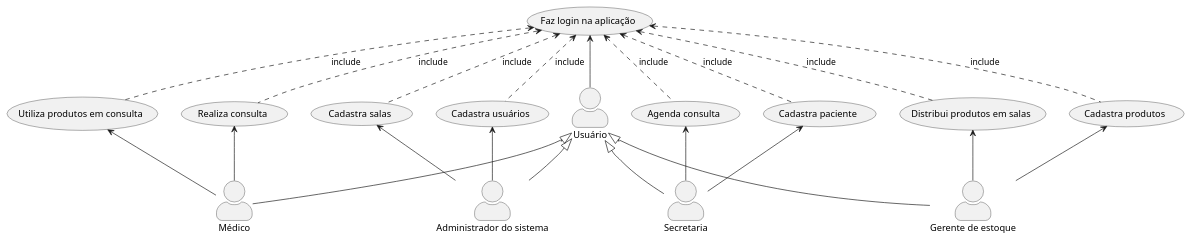
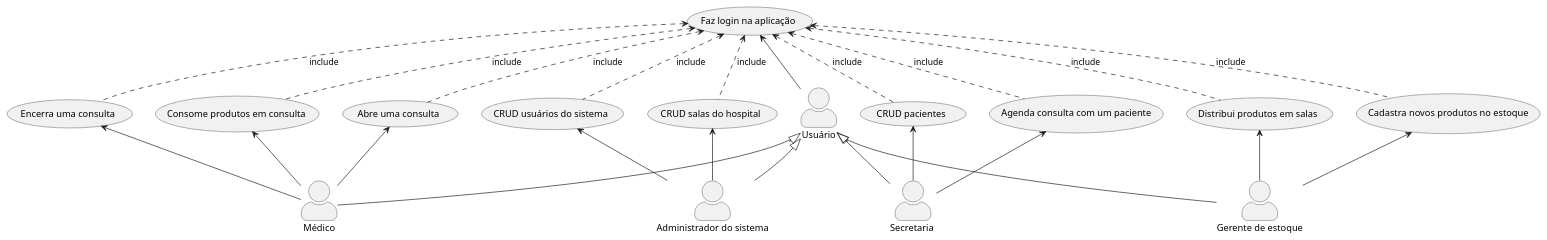
One commit to vaniacourses/projeto-software-robson-caetano changed the diagram in docs/use-cases.puml. Above: the diagram before and after it, drawn with PlantUML.

Commit message:
add missing use cases

```diff
--- a/docs/use-cases.puml
+++ b/docs/use-cases.puml
@@ -1,49 +1,58 @@
 @startuml
 
 skinparam actorStyle awesome
 
 "Administrador do sistema" as admin
-Secretaria as secretaria
-Médico as medico
+"Secretaria " as secretaria
+"Médico" as medico
 "Gerente de estoque" as gerente
 "Usuário" as usuario
 
-"Cadastra usuários" as (cadastra usuarios)
-"Cadastra salas" as (cadastra salas)
+"CRUD usuários do sistema" as (crud usuario)
 
-"Cadastra produtos" as (cadastra produtos)
+"CRUD salas do hospital" as (crud salas)
+
+"Cadastra novos produtos no estoque" as (cadastra produtos)
 "Distribui produtos em salas" as (distribui produtos)
-"Cadastra paciente" as (cadastra paciente)
-"Agenda consulta" as (agenda consulta)
-"Realiza consulta" as (realiza consulta)
-"Utiliza produtos em consulta" as (usa produtos)
+
+"CRUD pacientes" as (crud pacientes)
+
+"Agenda consulta com um paciente" as (agenda consulta)
+
+"Abre uma consulta" as (abre consulta)
+"Consome produtos em consulta" as (consome produtos)
+"Encerra uma consulta" as (encerra consulta)
+
 "Faz login na aplicação" as (login)
 
 usuario <|-- admin
 usuario <|-- secretaria
 usuario <|-- medico
 usuario <|-- gerente
 
 usuario -up-> (login)
 
-admin -up-> (cadastra usuarios)
-admin -up-> (cadastra salas)
-(cadastra usuarios) .up.> (login) : include
-(cadastra salas) .up.> (login) : include
+admin -up-> (crud usuario)
+(crud usuario) .up.> (login) : include
+
+admin -up-> (crud salas)
+(crud salas) .up.> (login) : include
 
 gerente -up-> (cadastra produtos)
 gerente -up-> (distribui produtos)
 (cadastra produtos) .up.> (login) : include
 (distribui produtos) .up.> (login) : include
 
-secretaria -up-> (cadastra paciente)
 secretaria -up-> (agenda consulta)
-(cadastra paciente) .up.> (login) : include
+secretaria -up-> (crud pacientes)
 (agenda consulta) .up.> (login) : include
+(crud pacientes) .up.> (login) : include
 
-medico -up-> (realiza consulta) 
-medico -up-> (usa produtos)
-(realiza consulta) .up.> (login) : include
-(usa produtos) .up.> (login) : include
+medico -up-> (abre consulta) 
+medico -up-> (consome produtos)
+medico -up-> (encerra consulta) 
+(abre consulta) .up.> (login) : include
+(consome produtos) .up.> (login) : include
+(encerra consulta) .up.> (login) : include
 
 @enduml
```
